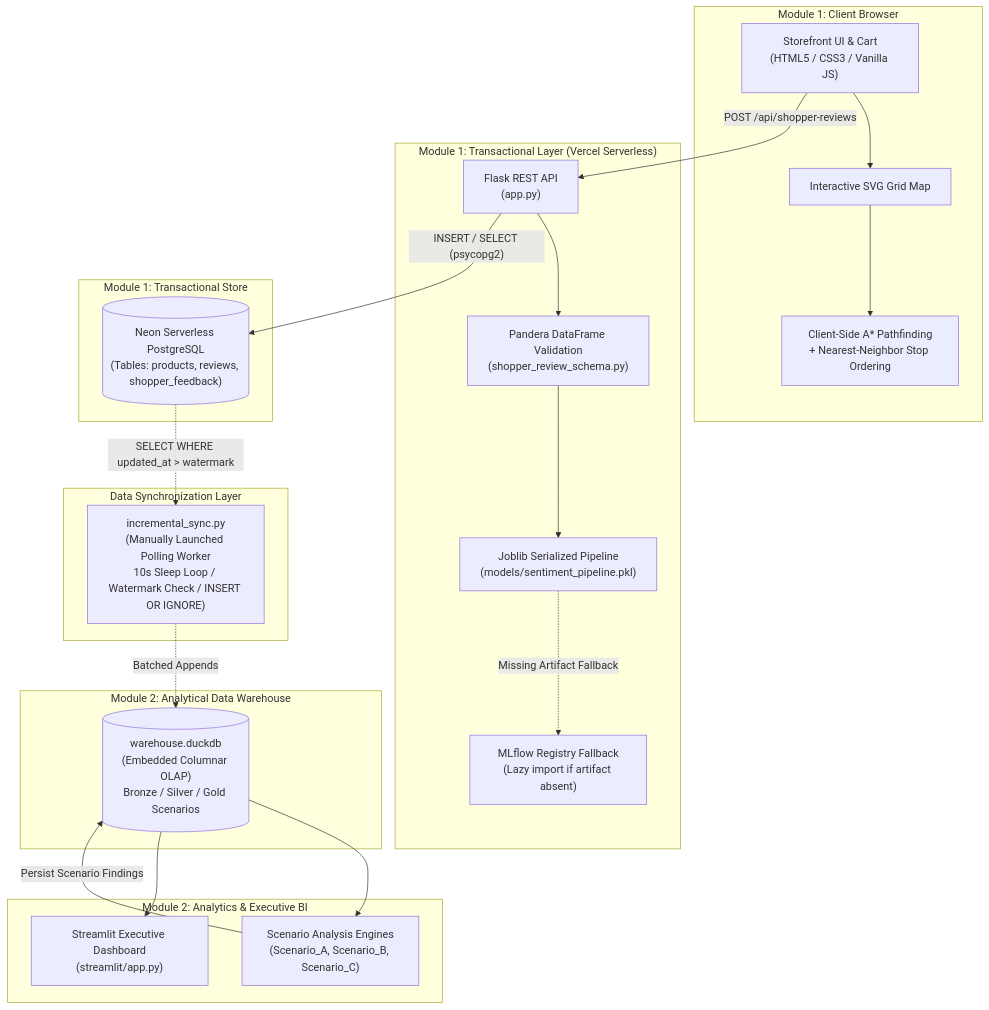
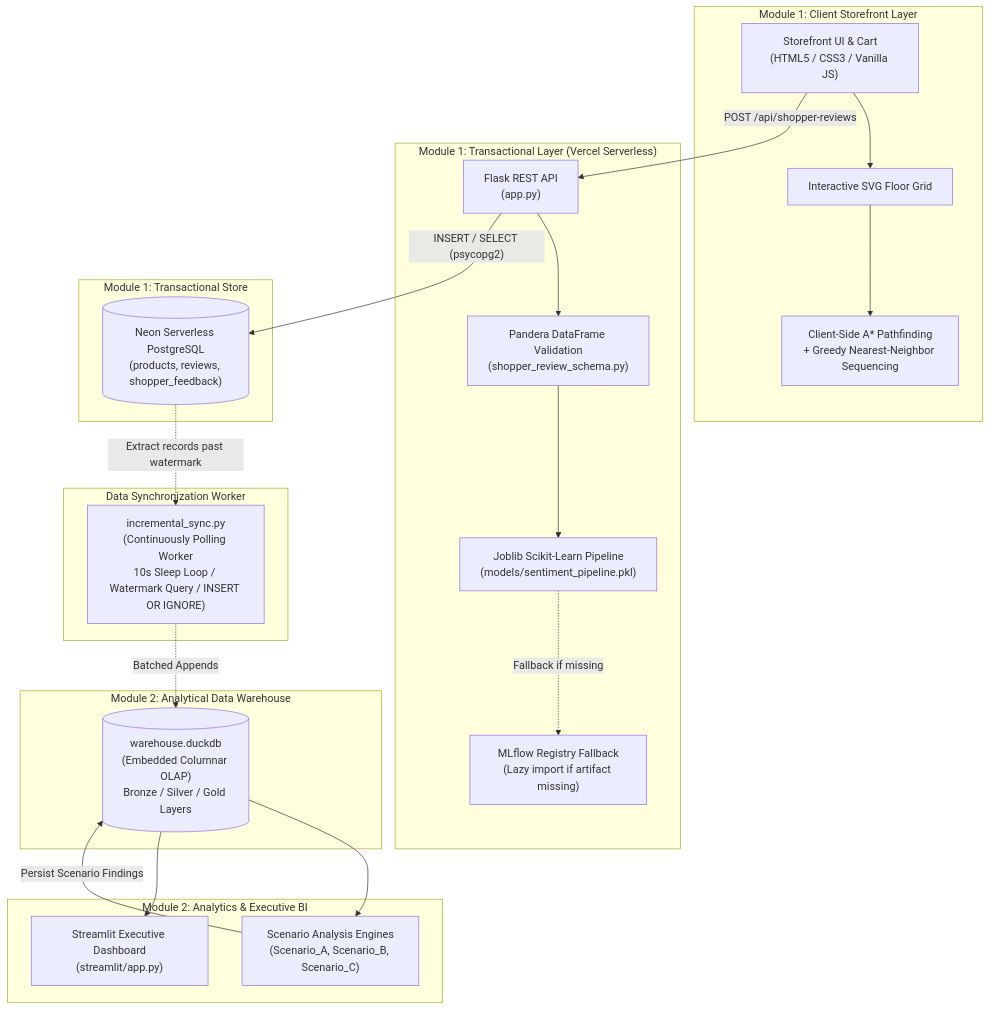
Before and after one commit to poruri-santhosh/Aislewise-2: the first of 4 diagrams in README.md, drawn with Mermaid. The commit also changed other lines of this file, not shown here.

````diff
--- a/README.md
+++ b/README.md
@@ -44,46 +75,46 @@
 ```mermaid
 flowchart TD
-    subgraph M1_Client ["Module 1: Client Browser"]
+    subgraph M1_Client ["Module 1: Client Storefront Layer"]
         UI["Storefront UI & Cart\n(HTML5 / CSS3 / Vanilla JS)"]
-        SVGMap["Interactive SVG Grid Map"]
-        AStarEngine["Client-Side A* Pathfinding\n+ Nearest-Neighbor Stop Ordering"]
+        SVGMap["Interactive SVG Floor Grid"]
+        AStarEngine["Client-Side A* Pathfinding\n+ Greedy Nearest-Neighbor Sequencing"]
         UI --> SVGMap
         SVGMap --> AStarEngine
     end
 
     subgraph M1_OLTP ["Module 1: Transactional Layer (Vercel Serverless)"]
         FlaskAPI["Flask REST API\n(app.py)"]
         PanderaValidator["Pandera DataFrame Validation\n(shopper_review_schema.py)"]
-        LocalJoblib["Joblib Serialized Pipeline\n(models/sentiment_pipeline.pkl)"]
-        RegistryFallback["MLflow Registry Fallback\n(Lazy import if artifact absent)"]
+        LocalJoblib["Joblib Scikit-Learn Pipeline\n(models/sentiment_pipeline.pkl)"]
+        RegistryFallback["MLflow Registry Fallback\n(Lazy import if artifact missing)"]
 
         UI -->|"POST /api/shopper-reviews"| FlaskAPI
         FlaskAPI --> PanderaValidator
         PanderaValidator --> LocalJoblib
-        LocalJoblib -.->|"Missing Artifact Fallback"| RegistryFallback
+        LocalJoblib -.->|"Fallback if missing"| RegistryFallback
     end
 
     subgraph M1_Storage ["Module 1: Transactional Store"]
-        NeonPG[("Neon Serverless PostgreSQL\n(Tables: products, reviews, shopper_feedback)")]
+        NeonPG[("Neon Serverless PostgreSQL\n(products, reviews, shopper_feedback)")]
         FlaskAPI -->|"INSERT / SELECT (psycopg2)"| NeonPG
     end
 
-    subgraph Sync_Worker ["Data Synchronization Layer"]
-        Worker["incremental_sync.py\n(Manually Launched Polling Worker\n10s Sleep Loop / Watermark Check / INSERT OR IGNORE)"]
-        NeonPG -.->|"SELECT WHERE updated_at > watermark"| Worker
+    subgraph Sync_Worker ["Data Synchronization Worker"]
+        Worker["incremental_sync.py\n(Continuously Polling Worker\n10s Sleep Loop / Watermark Query / INSERT OR IGNORE)"]
+        NeonPG -.->|"Extract records past watermark"| Worker
     end
 
     subgraph M2_OLAP ["Module 2: Analytical Data Warehouse"]
-        DuckDB[("warehouse.duckdb\n(Embedded Columnar OLAP)\nBronze / Silver / Gold Scenarios")]
+        DuckDB[("warehouse.duckdb\n(Embedded Columnar OLAP)\nBronze / Silver / Gold Layers")]
         Worker -.->|"Batched Appends"| DuckDB
     end
 
     subgraph M2_Analytics ["Module 2: Analytics & Executive BI"]
         ScenarioScripts["Scenario Analysis Engines\n(Scenario_A, Scenario_B, Scenario_C)"]
         StreamlitUI["Streamlit Executive Dashboard\n(streamlit/app.py)"]
         
         DuckDB --> ScenarioScripts
         DuckDB --> StreamlitUI
         ScenarioScripts -->|"Persist Scenario Findings"| DuckDB
     end
 ```
````
